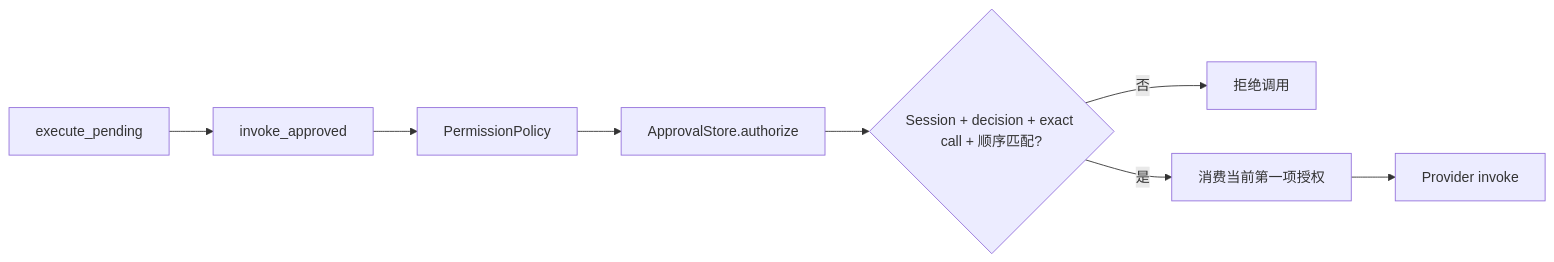
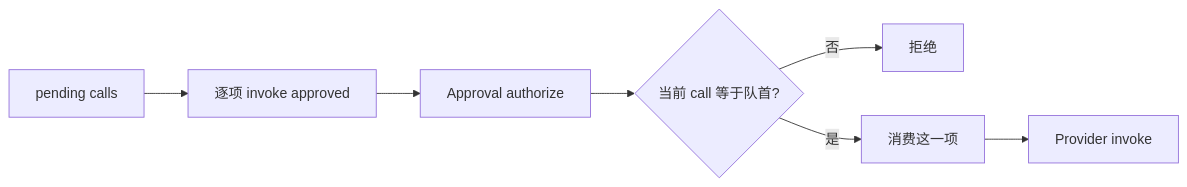
The sixth of 8 diagrams in docs/08-approval-and-remote-mutations.md (Arthur999459up/GitAgent), drawn with Mermaid before and after one commit. The commit also changed other lines of this file and 15 other files, not shown here.

````diff
--- a/docs/08-approval-and-remote-mutations.md
+++ b/docs/08-approval-and-remote-mutations.md
@@ -349,10 +172,9 @@
 ```mermaid
 flowchart LR
-    A[execute_pending] --> B[invoke_approved]
-    B --> C[PermissionPolicy]
-    C --> D[ApprovalStore.authorize]
-    D --> E{Session + decision + exact call + 顺序匹配?}
-    E -->|否| F[拒绝调用]
-    E -->|是| G[消费当前第一项授权]
-    G --> H[Provider invoke]
+    P[pending calls] --> I[逐项 invoke approved]
+    I --> A[Approval authorize]
+    A --> C{当前 call 等于队首?}
+    C -->|否| D[拒绝]
+    C -->|是| R[消费这一项]
+    R --> V[Provider invoke]
 ```
````
